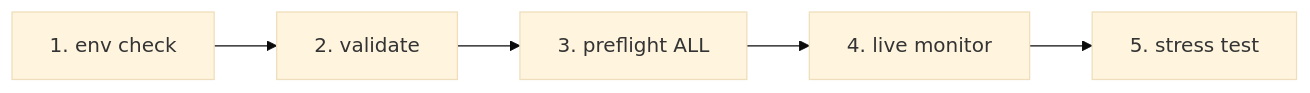
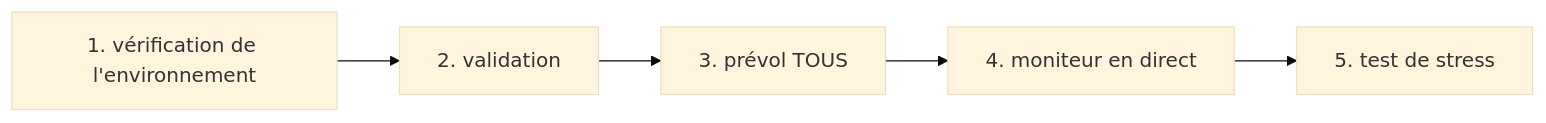
Before and after one commit to IrsanAI/TPM-Agent: the diagram in docs/i18n/README.fr.md, drawn with Mermaid (base theme). The commit also changed other lines of this file and 11 other files, not shown here.

````diff
--- a/docs/i18n/README.fr.md
+++ b/docs/i18n/README.fr.md
@@ -31,7 +31,7 @@
 ```mermaid
 flowchart LR
-  A[1. env check] --> B[2. validate]
-  B --> C[3. preflight ALL]
-  C --> D[4. live monitor]
-  D --> E[5. stress test]
+  A[1. vérification de l'environnement] --> B[2. validation]
+  B --> C[3. prévol TOUS]
+  C --> D[4. moniteur en direct]
+  D --> E[5. test de stress]
 ```
````
